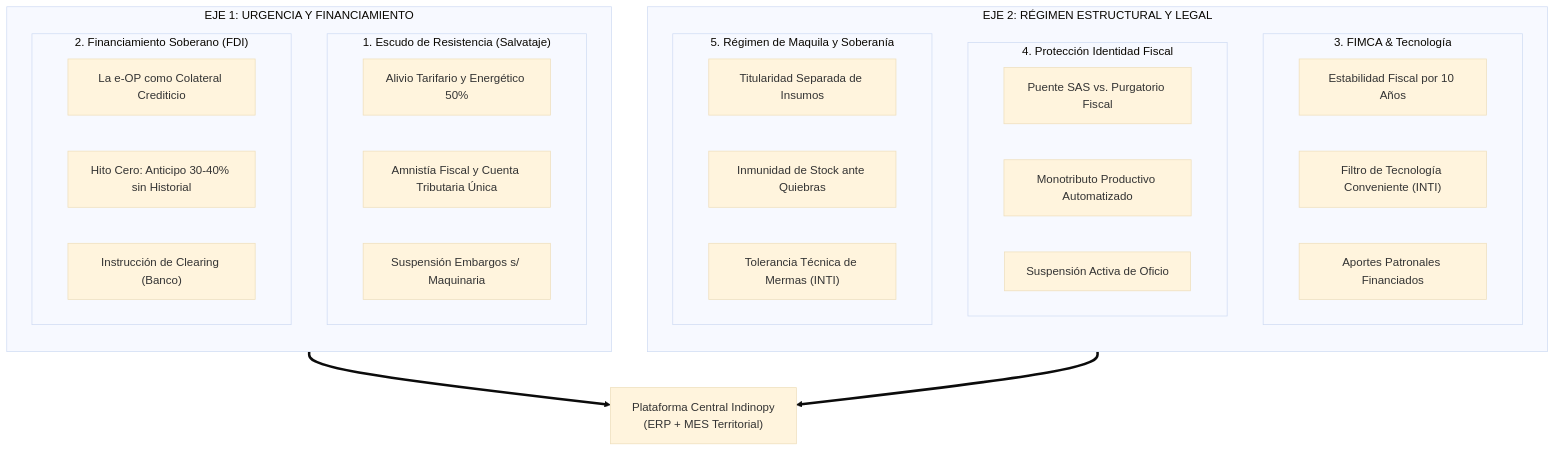
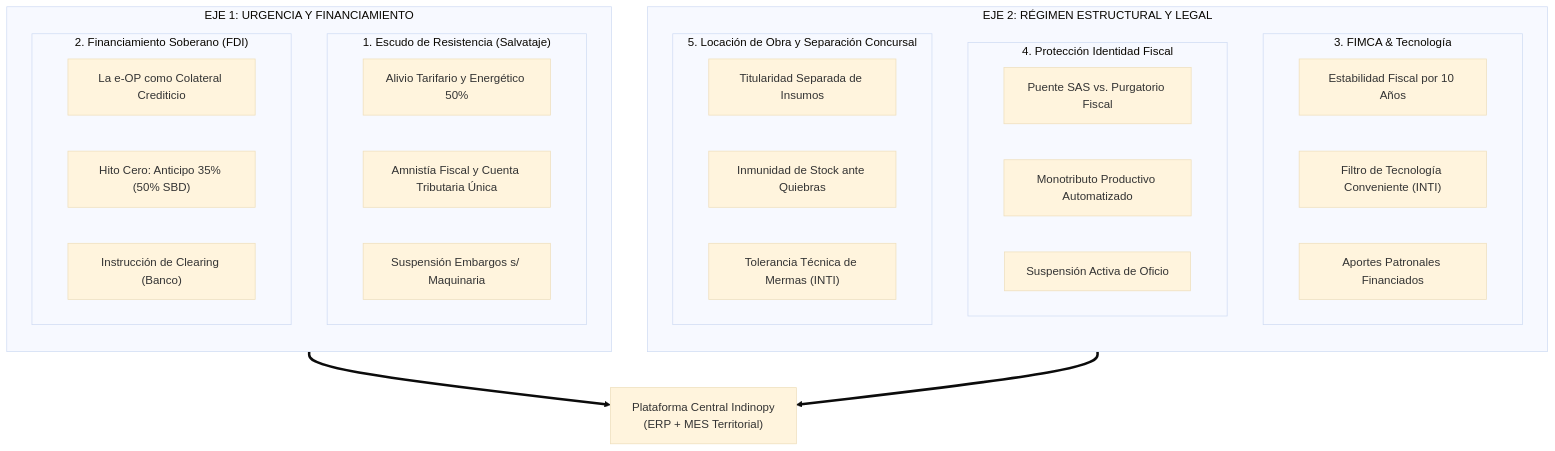
One commit to sarthouse/indinopy changed the first of 2 diagrams in docs/md/analisis_fimca_implementacion.md. Above: the diagram before and after it, drawn with Mermaid (base theme). The commit also changed other lines of this file and 24 other files, not shown here.

````diff
--- a/docs/md/analisis_fimca_implementacion.md
+++ b/docs/md/analisis_fimca_implementacion.md
@@ -38,38 +38,38 @@
 ```mermaid
 flowchart TD
     subgraph BLOQUE_A["EJE 1: URGENCIA Y FINANCIAMIENTO"]
         direction TB
         subgraph P1["1. Escudo de Resistencia (Salvataje)"]
             A1["Alivio Tarifario y Energético 50%"]
             A2["Amnistía Fiscal y Cuenta Tributaria Única"]
             A3["Suspensión Embargos s/ Maquinaria"]
         end
         subgraph P2["2. Financiamiento Soberano (FDI)"]
             B1["La e-OP como Colateral Crediticio"]
-            B2["Hito Cero: Anticipo 30-40% sin Historial"]
+            B2["Hito Cero: Anticipo 35% (50% SBD)"]
             B3["Instrucción de Clearing (Banco)"]
         end
     end
 
     subgraph BLOQUE_B["EJE 2: RÉGIMEN ESTRUCTURAL Y LEGAL"]
         direction TB
         subgraph P3["3. FIMCA & Tecnología"]
             C1["Estabilidad Fiscal por 10 Años"]
             C2["Filtro de Tecnología Conveniente (INTI)"]
             C3["Aportes Patronales Financiados"]
         end
         subgraph P4["4. Protección Identidad Fiscal"]
             D1["Puente SAS vs. Purgatorio Fiscal"]
             D2["Monotributo Productivo Automatizado"]
             D3["Suspensión Activa de Oficio"]
         end
-        subgraph P5["5. Régimen de Maquila y Soberanía"]
+        subgraph P5["5. Locación de Obra y Separación Concursal"]
             E1["Titularidad Separada de Insumos"]
             E2["Inmunidad de Stock ante Quiebras"]
             E3["Tolerancia Técnica de Mermas (INTI)"]
         end
     end
 
     BLOQUE_A ==> INDINO["Plataforma Central Indinopy<br/>(ERP + MES Territorial)"]
     BLOQUE_B ==> INDINO
 ```
````
